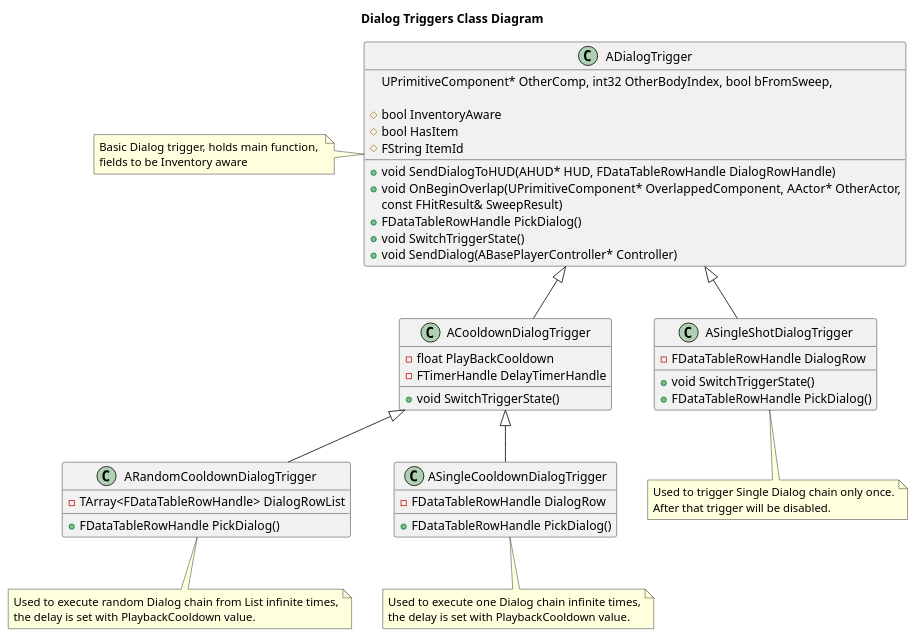
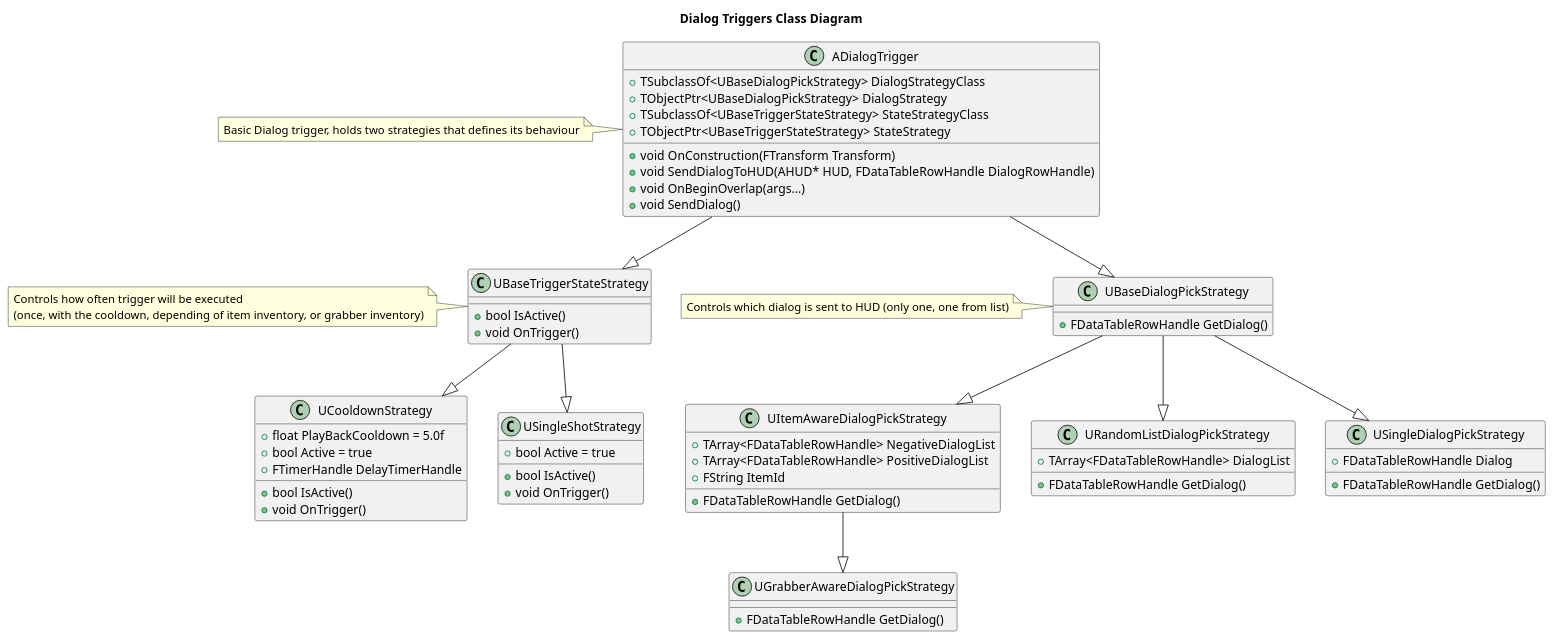
Before and after one commit to Indian-games-Inc/Solaris: the diagram in Source/CryptRaider/Doc/DialogTrigger.puml, drawn with PlantUML. The commit also changed 16 other files, not shown here.

Commit message:
[item-aware-dialog-trigger] PR Support

```diff
--- a/Source/CryptRaider/Doc/DialogTrigger.puml
+++ b/Source/CryptRaider/Doc/DialogTrigger.puml
@@ -1,66 +1,85 @@
 @startuml
 
 title Dialog Triggers Class Diagram
 
 class ADialogTrigger {
-    + void SendDialogToHUD(AHUD* HUD, FDataTableRowHandle DialogRowHandle)
-    + void OnBeginOverlap(UPrimitiveComponent* OverlappedComponent, AActor* OtherActor,
-                          UPrimitiveComponent* OtherComp, int32 OtherBodyIndex, bool bFromSweep,
-                          const FHitResult& SweepResult)
-    + FDataTableRowHandle PickDialog()
-    + void SwitchTriggerState()
-    + void SendDialog(ABasePlayerController* Controller)
-    
-    # bool InventoryAware
-    # bool HasItem
-    # FString ItemId
+  +void OnConstruction(FTransform Transform)
+  +void SendDialogToHUD(AHUD* HUD, FDataTableRowHandle DialogRowHandle)
+  +void OnBeginOverlap(args...)
+  +void SendDialog()
+  +TSubclassOf<UBaseDialogPickStrategy> DialogStrategyClass
+  +TObjectPtr<UBaseDialogPickStrategy> DialogStrategy
+  +TSubclassOf<UBaseTriggerStateStrategy> StateStrategyClass
+  +TObjectPtr<UBaseTriggerStateStrategy> StateStrategy
 }
 
-class ACooldownDialogTrigger {
-    +void SwitchTriggerState()
-    -float PlayBackCooldown
-    -FTimerHandle DelayTimerHandle
+class UBaseTriggerStateStrategy {
+  +bool IsActive()
+  +void OnTrigger()
 }
 
-class ARandomCooldownDialogTrigger {
-    +FDataTableRowHandle PickDialog()
-    -TArray<FDataTableRowHandle> DialogRowList
+class UBaseDialogPickStrategy {
+  +FDataTableRowHandle GetDialog()
 }
 
-class ASingleCooldownDialogTrigger {
-    +FDataTableRowHandle PickDialog()
-    -FDataTableRowHandle DialogRow
+class UItemAwareDialogPickStrategy {
+  +FDataTableRowHandle GetDialog()
+  +TArray<FDataTableRowHandle> NegativeDialogList
+  +TArray<FDataTableRowHandle> PositiveDialogList
+  +FString ItemId
 }
 
-class ASingleShotDialogTrigger {
-    +void SwitchTriggerState()
-    +FDataTableRowHandle PickDialog()
-    -FDataTableRowHandle DialogRow
+class UGrabberAwareDialogPickStrategy {
+  +FDataTableRowHandle GetDialog()
 }
 
+class URandomListDialogPickStrategy {
+  +FDataTableRowHandle GetDialog()
+  +TArray<FDataTableRowHandle> DialogList
+}
+
+class USingleDialogPickStrategy {
+  +FDataTableRowHandle GetDialog()
+  +FDataTableRowHandle Dialog
+}
+
+class UCooldownStrategy {
+  +bool IsActive()
+  +void OnTrigger()
+  +float PlayBackCooldown = 5.0f
+  +bool Active = true
+  +FTimerHandle DelayTimerHandle
+}
+
+class USingleShotStrategy {
+  +bool IsActive()
+  +void OnTrigger()
+  +bool Active = true
+}
+
+ADialogTrigger --|> UBaseTriggerStateStrategy
+ADialogTrigger --|> UBaseDialogPickStrategy
+
+UBaseTriggerStateStrategy --|> UCooldownStrategy
+UBaseTriggerStateStrategy --|> USingleShotStrategy
+
+UBaseDialogPickStrategy --|> USingleDialogPickStrategy
+UBaseDialogPickStrategy --|> URandomListDialogPickStrategy
+UBaseDialogPickStrategy --|> UItemAwareDialogPickStrategy
+UItemAwareDialogPickStrategy --|> UGrabberAwareDialogPickStrategy
+
+
 note left of ADialogTrigger
-Basic Dialog trigger, holds main function, 
-fields to be Inventory aware
+Basic Dialog trigger, holds two strategies that defines its behaviour
 end note
 
-note bottom of ARandomCooldownDialogTrigger
-Used to execute random Dialog chain from List infinite times,
-the delay is set with PlaybackCooldown value.
+note left of UBaseTriggerStateStrategy
+Controls how often trigger will be executed 
+(once, with the cooldown, depending of item inventory, or grabber inventory)
 end note
 
-note bottom of ASingleCooldownDialogTrigger
-Used to execute one Dialog chain infinite times,
-the delay is set with PlaybackCooldown value.
+note left of UBaseDialogPickStrategy
+Controls which dialog is sent to HUD (only one, one from list)
 end note
 
-note bottom of ASingleShotDialogTrigger
-Used to trigger Single Dialog chain only once.
-After that trigger will be disabled.
-end note
-
-ADialogTrigger <|-- ACooldownDialogTrigger
-ACooldownDialogTrigger <|-- ARandomCooldownDialogTrigger
-ACooldownDialogTrigger <|-- ASingleCooldownDialogTrigger
-ADialogTrigger <|-- ASingleShotDialogTrigger
-
 @enduml
```
